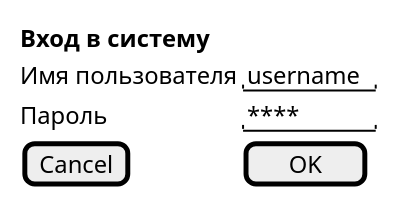
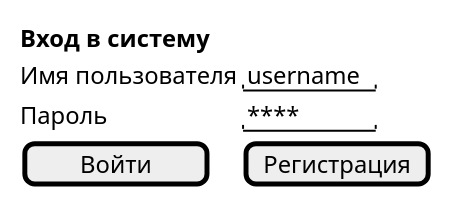
Before and after one commit to Efimish/university-4sem-pis-coursework: the diagram in interface/login.puml, drawn with PlantUML. The commit also changed other lines of this file and 22 other files, not shown here.

```diff
--- a/interface/login.puml
+++ b/interface/login.puml
@@ -1,8 +1,8 @@
 @startsalt Вход в систему
 {
   <b>Вход в систему
   Имя пользователя | "username"
   Пароль           | "****    "
-  [Cancel]         | [  OK   ]
+  [   Войти   ]    | [Регистрация]
 }
 @endsalt
```
